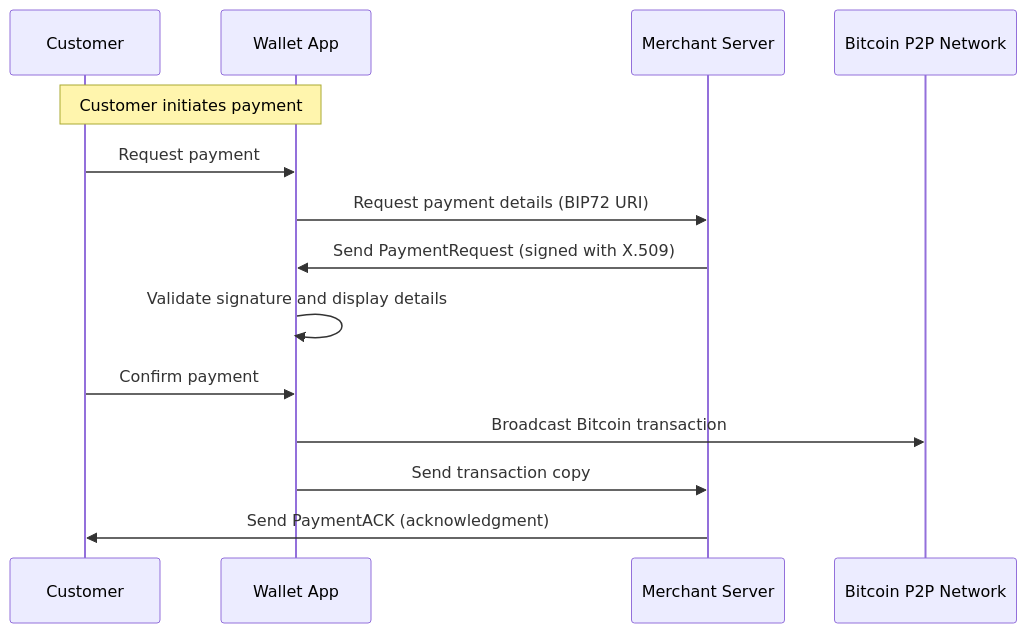
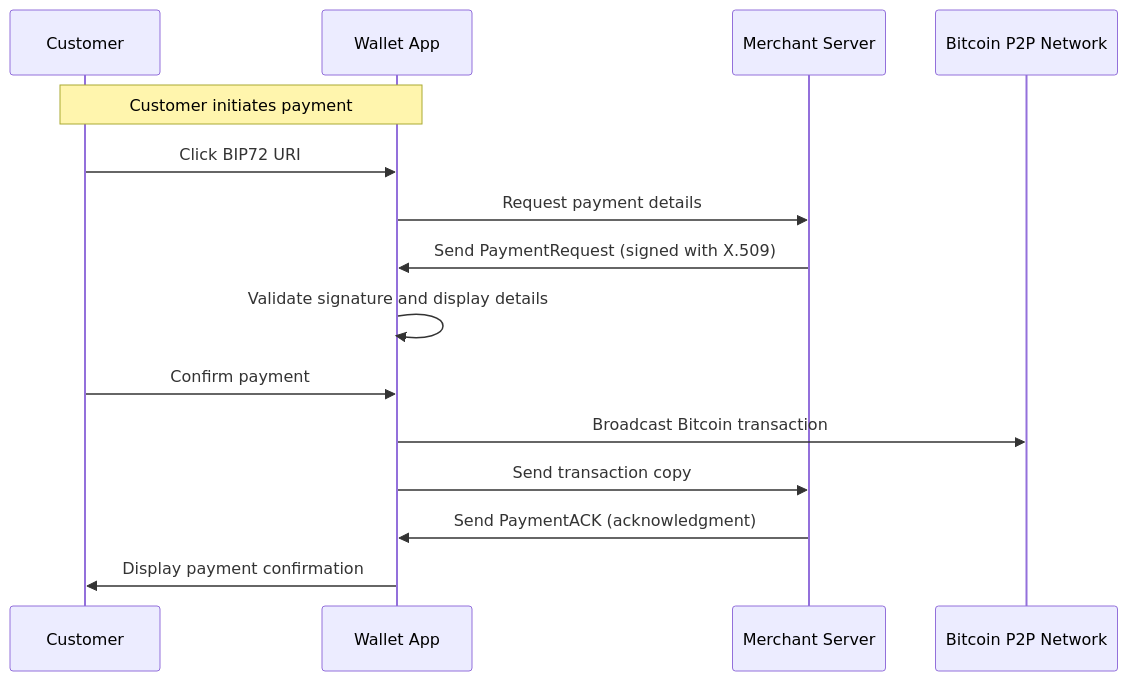
The diagram in docs/bip70-mermaid.md (cqhung1412/bip70-multisign-demo), drawn with Mermaid before and after one commit.

````diff
--- a/docs/bip70-mermaid.md
+++ b/docs/bip70-mermaid.md
@@ -1,17 +1,18 @@
 ```mermaid
 sequenceDiagram
     participant Customer as Customer
     participant Wallet as Wallet App
     participant Merchant as Merchant Server
     participant Network as Bitcoin P2P Network
 
     Note over Customer,Wallet: Customer initiates payment
-    Customer->>Wallet: Request payment
-    Wallet->>Merchant: Request payment details (BIP72 URI)
+    Customer->>Wallet: Click BIP72 URI
+    Wallet->>Merchant: Request payment details
     Merchant->>Wallet: Send PaymentRequest (signed with X.509)
     Wallet->>Wallet: Validate signature and display details
     Customer->>Wallet: Confirm payment
     Wallet->>Network: Broadcast Bitcoin transaction
     Wallet->>Merchant: Send transaction copy
-    Merchant->>Customer: Send PaymentACK (acknowledgment)
+    Merchant->>Wallet: Send PaymentACK (acknowledgment)
+    Wallet->>Customer: Display payment confirmation
 ```
````
